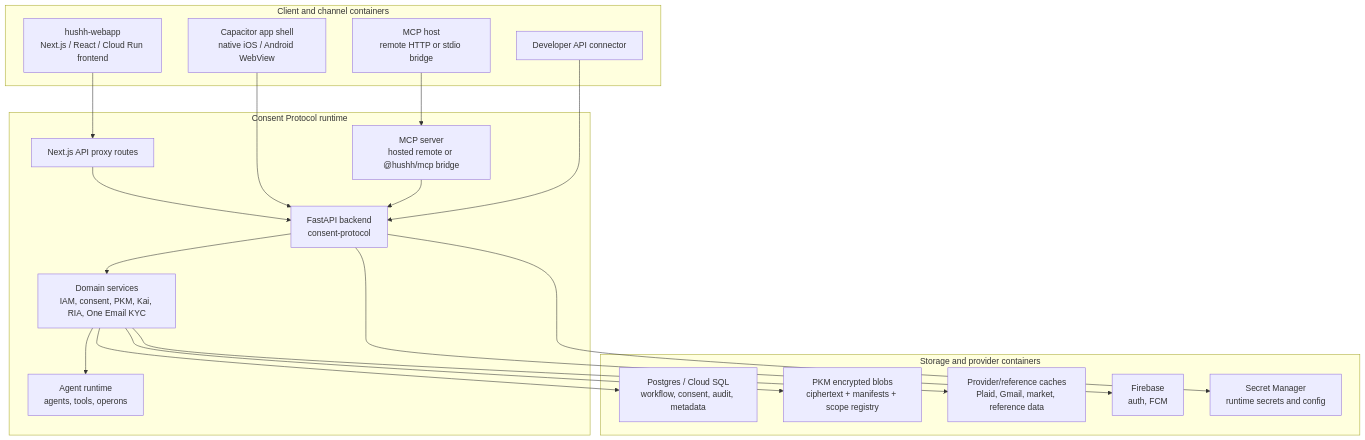
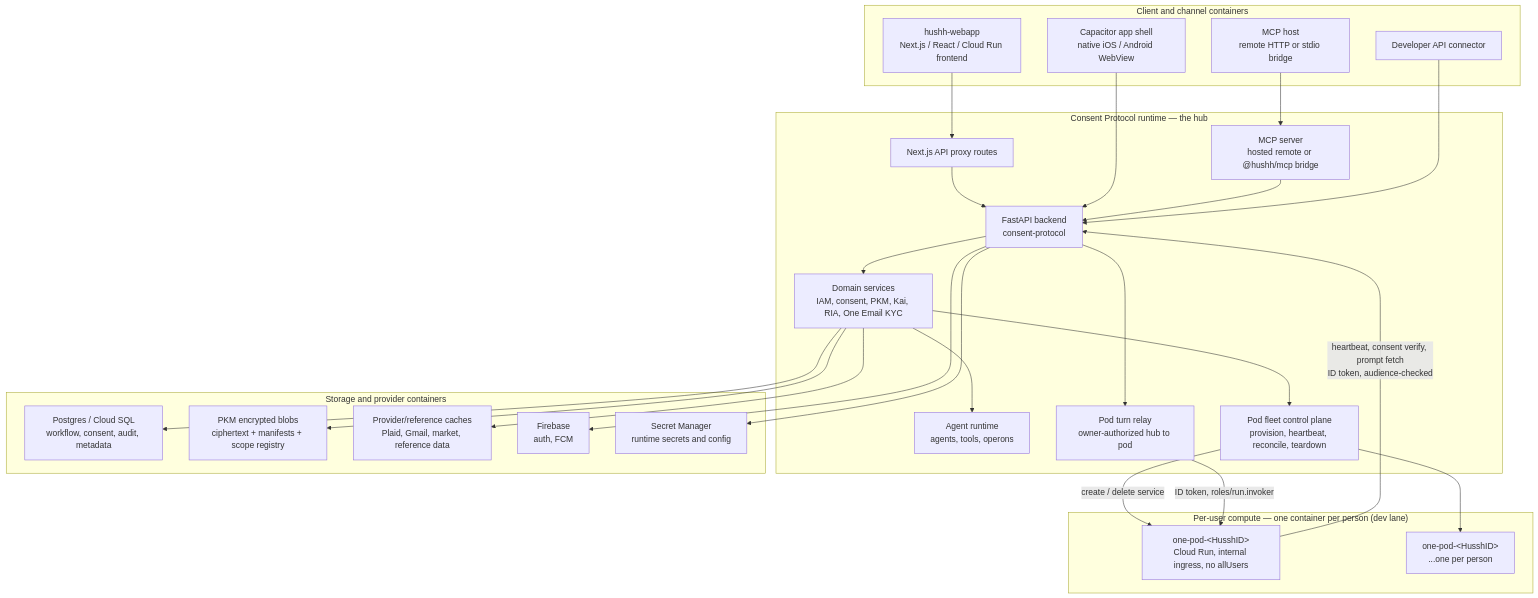
The fourth of 12 diagrams in docs/reference/architecture/architecture-view-catalog.md (hushh-labs/hushh-research), drawn with Mermaid before and after one commit. The commit also changed other lines of this file and 2 other files, not shown here.

````diff
--- a/docs/reference/architecture/architecture-view-catalog.md
+++ b/docs/reference/architecture/architecture-view-catalog.md
@@ -166,38 +167,52 @@
 ```mermaid
 flowchart TB
   subgraph clients["Client and channel containers"]
     web["hushh-webapp<br/>Next.js / React / Cloud Run frontend"]
     mobile["Capacitor app shell<br/>native iOS / Android WebView"]
     mcpClient["MCP host<br/>remote HTTP or stdio bridge"]
     devClient["Developer API connector"]
   end
 
-  subgraph backend["Consent Protocol runtime"]
+  subgraph backend["Consent Protocol runtime — the hub"]
     nextProxy["Next.js API proxy routes"]
     fastapi["FastAPI backend<br/>consent-protocol"]
     mcpServer["MCP server<br/>hosted remote or @hushh/mcp bridge"]
     domainServices["Domain services<br/>IAM, consent, PKM, Kai, RIA, One Email KYC"]
     agents["Agent runtime<br/>agents, tools, operons"]
+    fleet["Pod fleet control plane<br/>provision, heartbeat, reconcile, teardown"]
+    relay["Pod turn relay<br/>owner-authorized hub to pod"]
+  end
+
+  subgraph pods["Per-user compute — one container per person (dev lane)"]
+    podA["one-pod-&lt;HusshID&gt;<br/>Cloud Run, internal ingress, no allUsers"]
+    podB["one-pod-&lt;HusshID&gt;<br/>...one per person"]
   end
 
   subgraph data["Storage and provider containers"]
     relational["Postgres / Cloud SQL<br/>workflow, consent, audit, metadata"]
     encrypted["PKM encrypted blobs<br/>ciphertext + manifests + scope registry"]
     cache["Provider/reference caches<br/>Plaid, Gmail, market, reference data"]
     firebase["Firebase<br/>auth, FCM"]
     secrets["Secret Manager<br/>runtime secrets and config"]
   end
 
   web --> nextProxy --> fastapi
   mobile --> fastapi
   mcpClient --> mcpServer --> fastapi
   devClient --> fastapi
 
   fastapi --> domainServices
   domainServices --> agents
   domainServices --> relational
   domainServices --> encrypted
   domainServices --> cache
   fastapi --> firebase
   fastapi --> secrets
+
+  domainServices --> fleet
+  fleet -->|"create / delete service"| podA
+  fleet --> podB
+  fastapi --> relay
+  relay -->|"ID token, roles/run.invoker"| podA
+  podA -->|"heartbeat, consent verify, prompt fetch<br/>ID token, audience-checked"| fastapi
 ```
````
